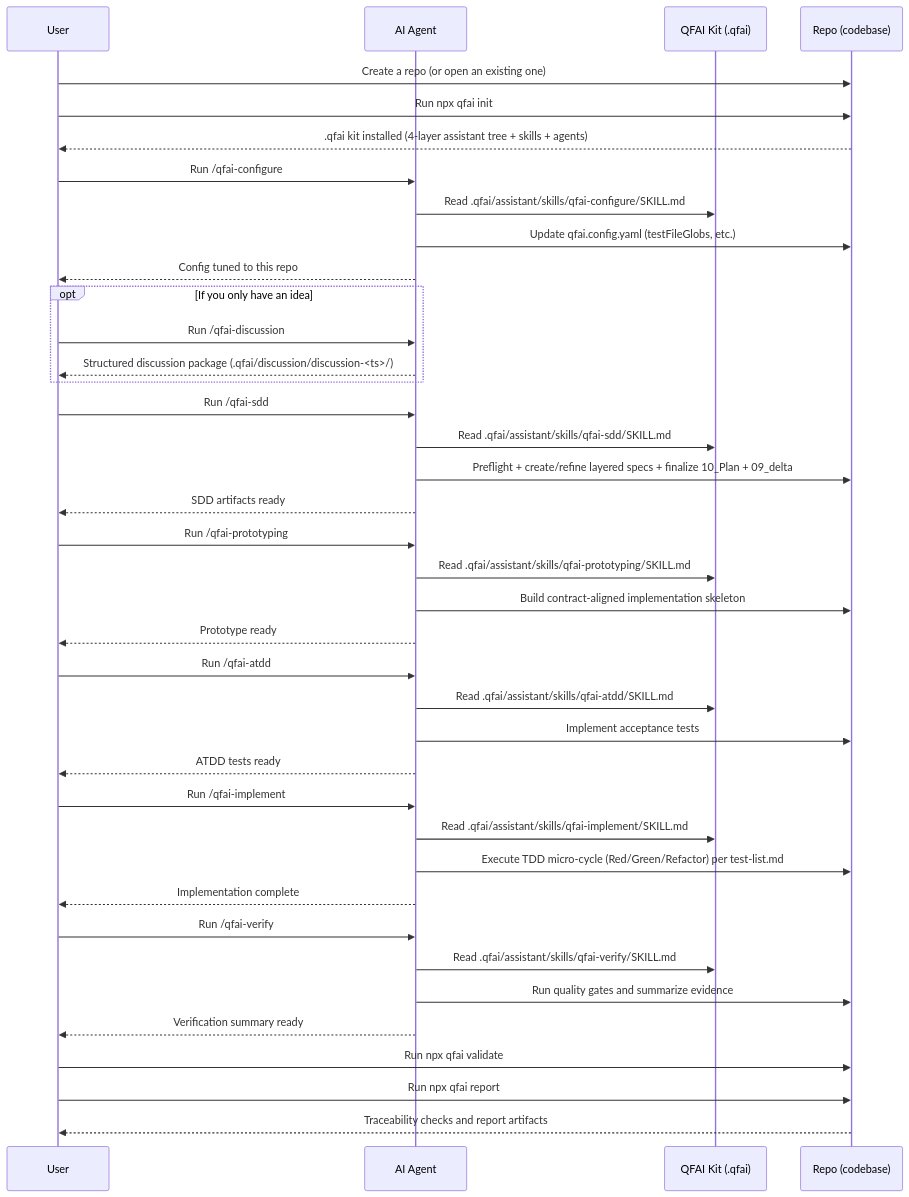
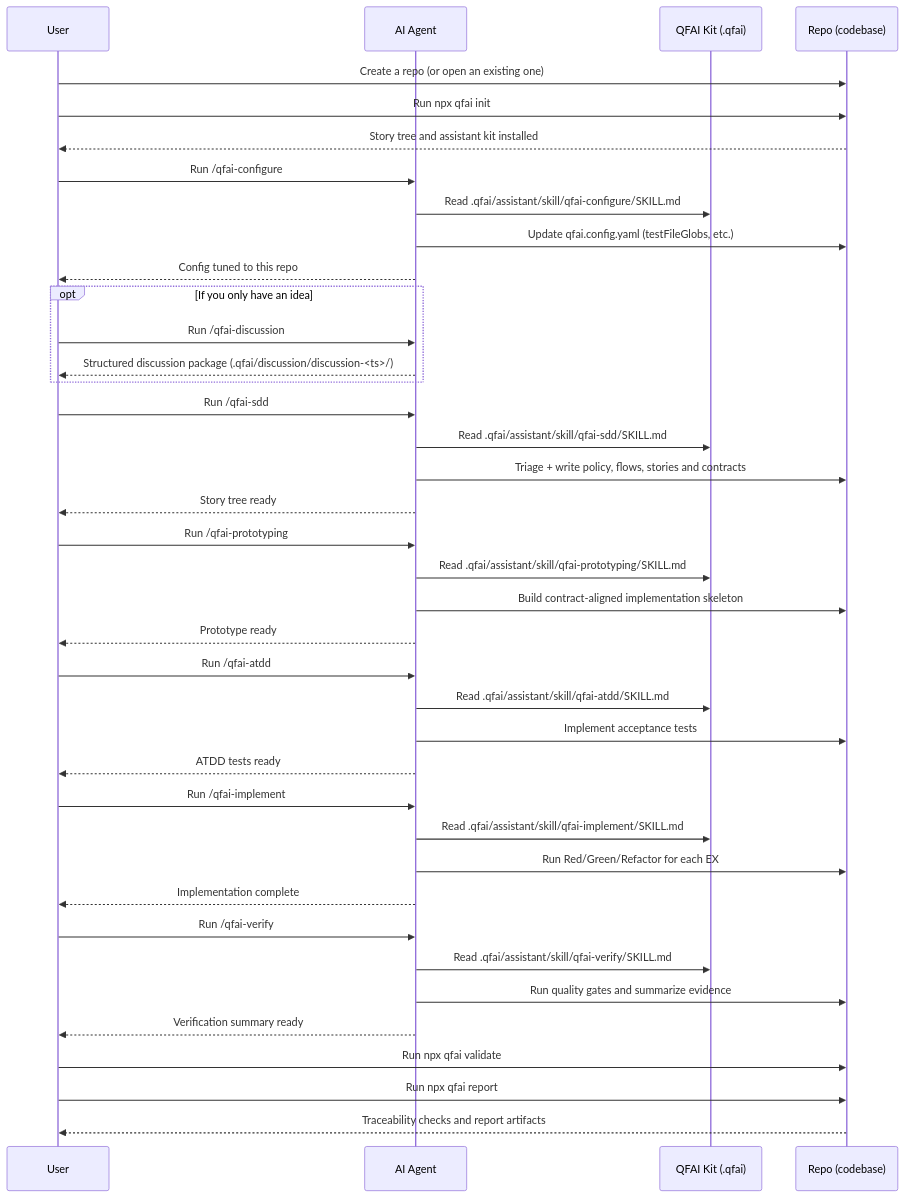
Before and after one commit to aganesy/QFAI: the first of 2 diagrams in README.md, drawn with Mermaid. The commit also changed other lines of this file and 2521 other files, not shown here.

Commit message:
feat: migrate QFAI to story tree and singular assistant assets

````diff
--- a/README.md
+++ b/README.md
@@ -263,50 +223,50 @@
 ```mermaid
 sequenceDiagram
 participant U as User
 participant AG as AI Agent
 participant Q as QFAI Kit (.qfai)
 participant R as Repo (codebase)
 
 U->>R: Create a repo (or open an existing one)
 U->>R: Run npx qfai init
-R-->>U: .qfai kit installed (4-layer assistant tree + skills + agents)
+R-->>U: Story tree and assistant kit installed
 
 U->>AG: Run /qfai-configure
-AG->>Q: Read .qfai/assistant/skills/qfai-configure/SKILL.md
+AG->>Q: Read .qfai/assistant/skill/qfai-configure/SKILL.md
 AG->>R: Update qfai.config.yaml (testFileGlobs, etc.)
 AG-->>U: Config tuned to this repo
 
 opt If you only have an idea
 U->>AG: Run /qfai-discussion
 AG-->>U: Structured discussion package (.qfai/discussion/discussion-<ts>/)
 end
 
 U->>AG: Run /qfai-sdd
-AG->>Q: Read .qfai/assistant/skills/qfai-sdd/SKILL.md
-AG->>R: Preflight + create/refine layered specs + finalize 10_Plan + 09_delta
-AG-->>U: SDD artifacts ready
+AG->>Q: Read .qfai/assistant/skill/qfai-sdd/SKILL.md
+AG->>R: Triage + write policy, flows, stories and contracts
+AG-->>U: Story tree ready
 
 U->>AG: Run /qfai-prototyping
-AG->>Q: Read .qfai/assistant/skills/qfai-prototyping/SKILL.md
+AG->>Q: Read .qfai/assistant/skill/qfai-prototyping/SKILL.md
 AG->>R: Build contract-aligned implementation skeleton
 AG-->>U: Prototype ready
 
 U->>AG: Run /qfai-atdd
-AG->>Q: Read .qfai/assistant/skills/qfai-atdd/SKILL.md
+AG->>Q: Read .qfai/assistant/skill/qfai-atdd/SKILL.md
 AG->>R: Implement acceptance tests
 AG-->>U: ATDD tests ready
 
 U->>AG: Run /qfai-implement
-AG->>Q: Read .qfai/assistant/skills/qfai-implement/SKILL.md
-AG->>R: Execute TDD micro-cycle (Red/Green/Refactor) per test-list.md
+AG->>Q: Read .qfai/assistant/skill/qfai-implement/SKILL.md
+AG->>R: Run Red/Green/Refactor for each EX
 AG-->>U: Implementation complete
 
 U->>AG: Run /qfai-verify
-AG->>Q: Read .qfai/assistant/skills/qfai-verify/SKILL.md
+AG->>Q: Read .qfai/assistant/skill/qfai-verify/SKILL.md
 AG->>R: Run quality gates and summarize evidence
 AG-->>U: Verification summary ready
 
 U->>R: Run npx qfai validate
 U->>R: Run npx qfai report
 R-->>U: Traceability checks and report artifacts
 ```
````
